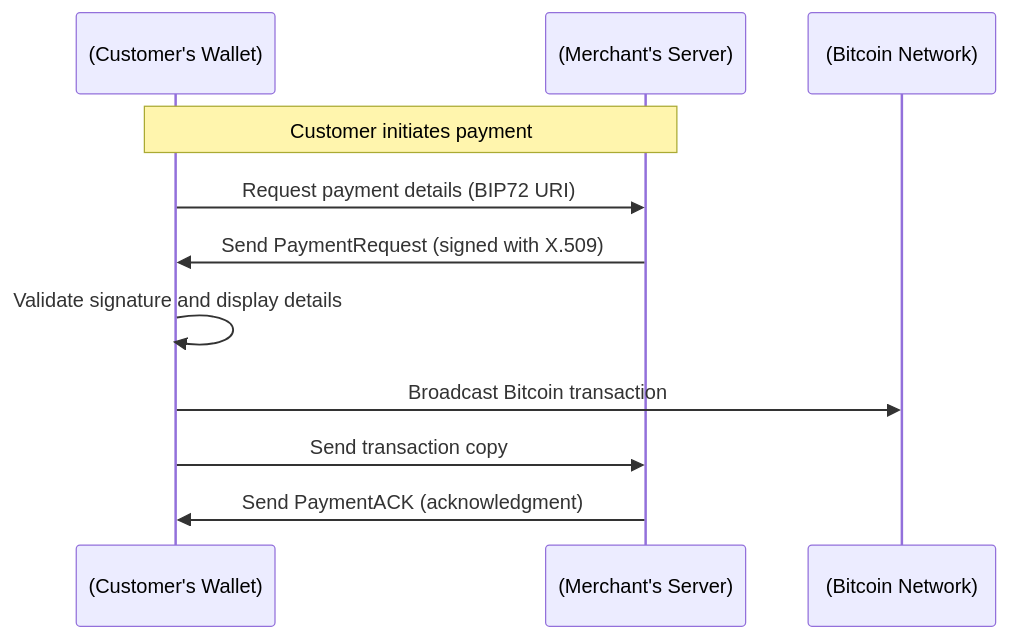
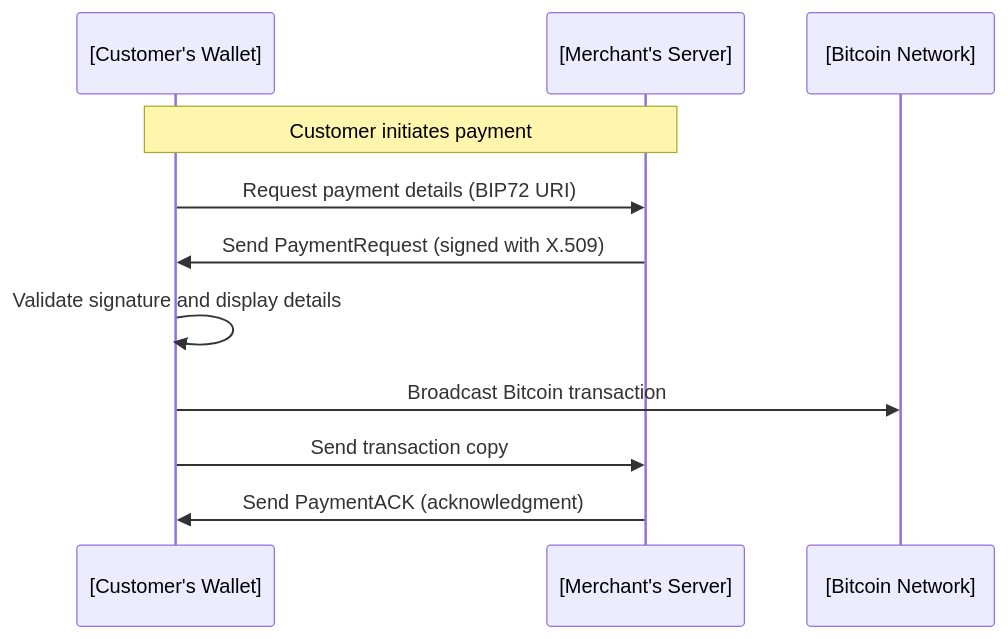
Before and after one commit to cqhung1412/bip70-multisign-demo: the diagram in docs/bip70-mermaid.md, drawn with Mermaid.

````diff
--- a/docs/bip70-mermaid.md
+++ b/docs/bip70-mermaid.md
@@ -1,14 +1,14 @@
 ```mermaid
 sequenceDiagram
-    participant Customer as (Customer's Wallet)
-    participant Merchant as (Merchant's Server)
-    participant Network as (Bitcoin Network)
+    participant Customer as [Customer's Wallet]
+    participant Merchant as [Merchant's Server]
+    participant Network as [Bitcoin Network]
 
     Note over Customer,Merchant: Customer initiates payment
     Customer->>Merchant: Request payment details (BIP72 URI)
     Merchant->>Customer: Send PaymentRequest (signed with X.509)
     Customer->>Customer: Validate signature and display details
     Customer->>Network: Broadcast Bitcoin transaction
     Customer->>Merchant: Send transaction copy
     Merchant->>Customer: Send PaymentACK (acknowledgment)
 ```
````
